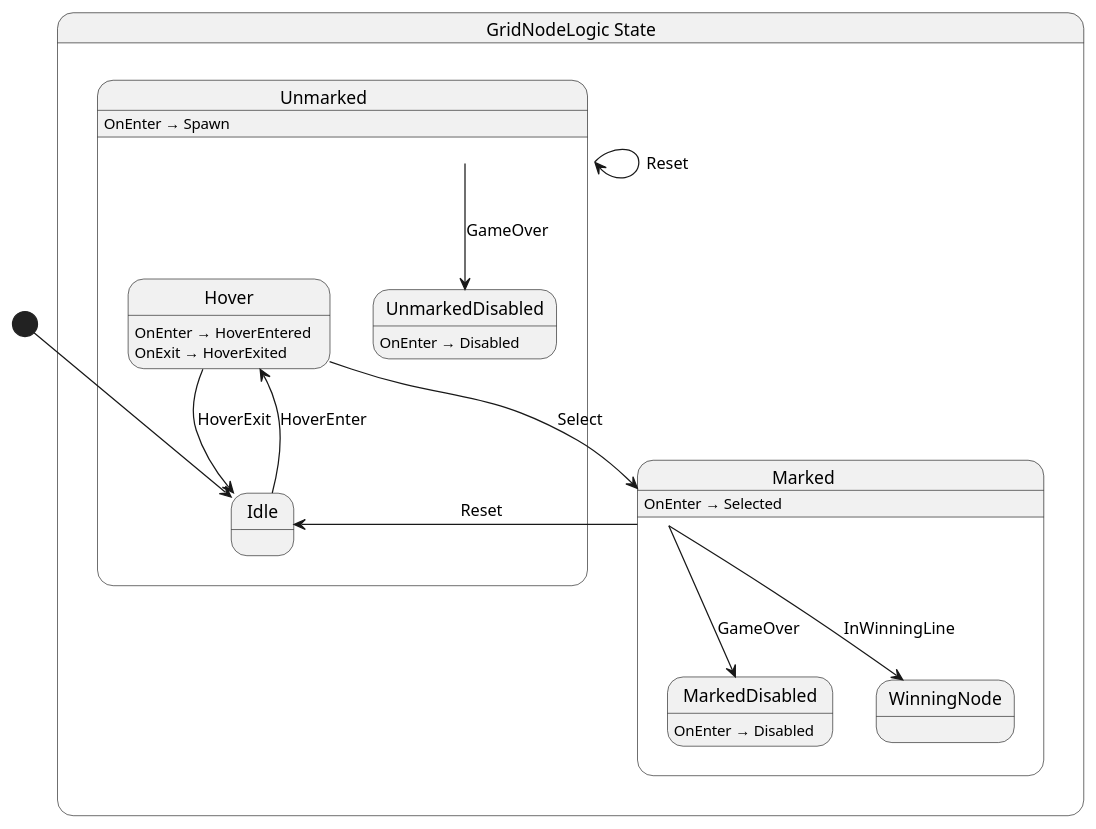
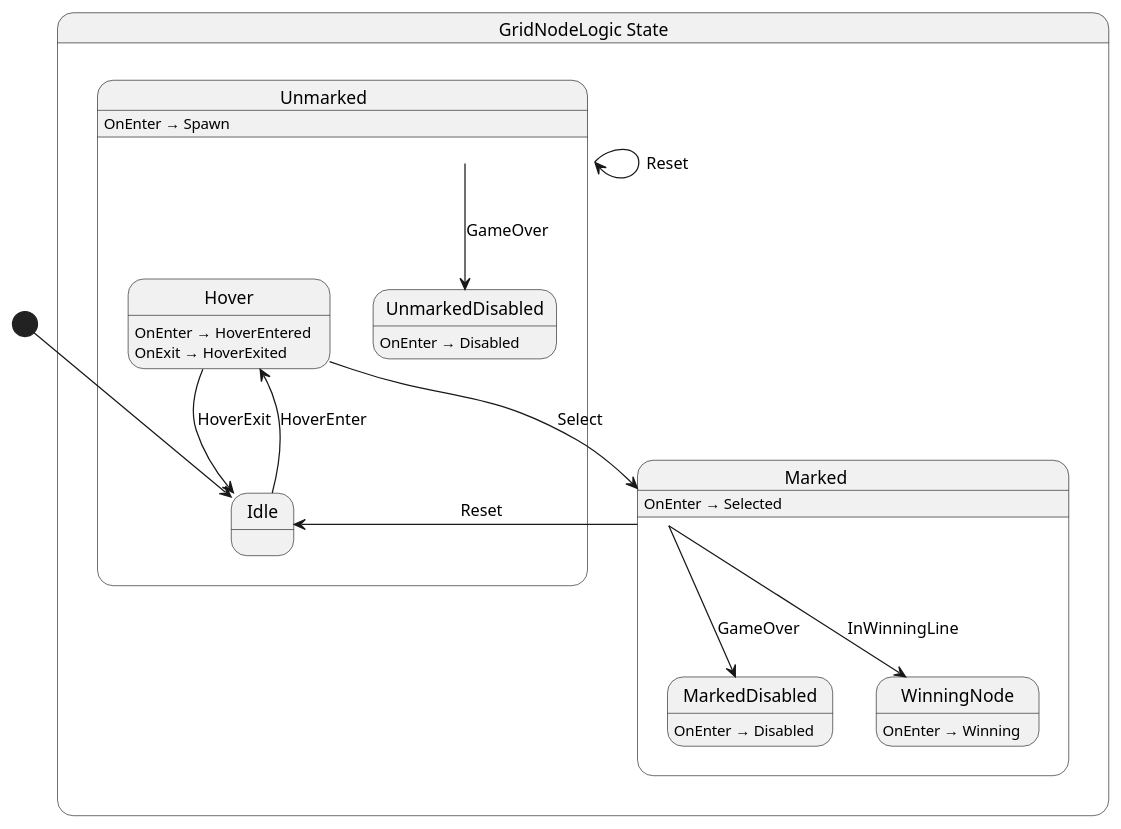
The diagram in src/GridNode/State/GridNodeLogic.g.puml (stranne/Vertex), drawn with PlantUML before and after one commit. The commit also changed 9 other files, not shown here.

```diff
--- a/src/GridNode/State/GridNodeLogic.g.puml
+++ b/src/GridNode/State/GridNodeLogic.g.puml
@@ -1,31 +1,32 @@
 @startuml GridNodeLogic
 state "GridNodeLogic State" as Vertex_GridNode_State_GridNodeLogic_State {
   state "Marked" as Vertex_GridNode_State_GridNodeLogic_State_Marked {
     state "MarkedDisabled" as Vertex_GridNode_State_GridNodeLogic_State_MarkedDisabled
     state "WinningNode" as Vertex_GridNode_State_GridNodeLogic_State_WinningNode
   }
   state "Unmarked" as Vertex_GridNode_State_GridNodeLogic_State_Unmarked {
     state "UnmarkedDisabled" as Vertex_GridNode_State_GridNodeLogic_State_UnmarkedDisabled
     state "Hover" as Vertex_GridNode_State_GridNodeLogic_State_Hover
     state "Idle" as Vertex_GridNode_State_GridNodeLogic_State_Idle
   }
 }
 
 Vertex_GridNode_State_GridNodeLogic_State_Hover --> Vertex_GridNode_State_GridNodeLogic_State_Idle : HoverExit
 Vertex_GridNode_State_GridNodeLogic_State_Hover --> Vertex_GridNode_State_GridNodeLogic_State_Marked : Select
 Vertex_GridNode_State_GridNodeLogic_State_Idle --> Vertex_GridNode_State_GridNodeLogic_State_Hover : HoverEnter
 Vertex_GridNode_State_GridNodeLogic_State_Marked --> Vertex_GridNode_State_GridNodeLogic_State_Idle : Reset
 Vertex_GridNode_State_GridNodeLogic_State_Marked --> Vertex_GridNode_State_GridNodeLogic_State_MarkedDisabled : GameOver
 Vertex_GridNode_State_GridNodeLogic_State_Marked --> Vertex_GridNode_State_GridNodeLogic_State_WinningNode : InWinningLine
 Vertex_GridNode_State_GridNodeLogic_State_Unmarked --> Vertex_GridNode_State_GridNodeLogic_State_Unmarked : Reset
 Vertex_GridNode_State_GridNodeLogic_State_Unmarked --> Vertex_GridNode_State_GridNodeLogic_State_UnmarkedDisabled : GameOver
 
 Vertex_GridNode_State_GridNodeLogic_State_Hover : OnEnter → HoverEntered
 Vertex_GridNode_State_GridNodeLogic_State_Hover : OnExit → HoverExited
 Vertex_GridNode_State_GridNodeLogic_State_Marked : OnEnter → Selected
 Vertex_GridNode_State_GridNodeLogic_State_MarkedDisabled : OnEnter → Disabled
 Vertex_GridNode_State_GridNodeLogic_State_Unmarked : OnEnter → Spawn
 Vertex_GridNode_State_GridNodeLogic_State_UnmarkedDisabled : OnEnter → Disabled
+Vertex_GridNode_State_GridNodeLogic_State_WinningNode : OnEnter → Winning
 
 [*] --> Vertex_GridNode_State_GridNodeLogic_State_Idle
 @enduml
```
